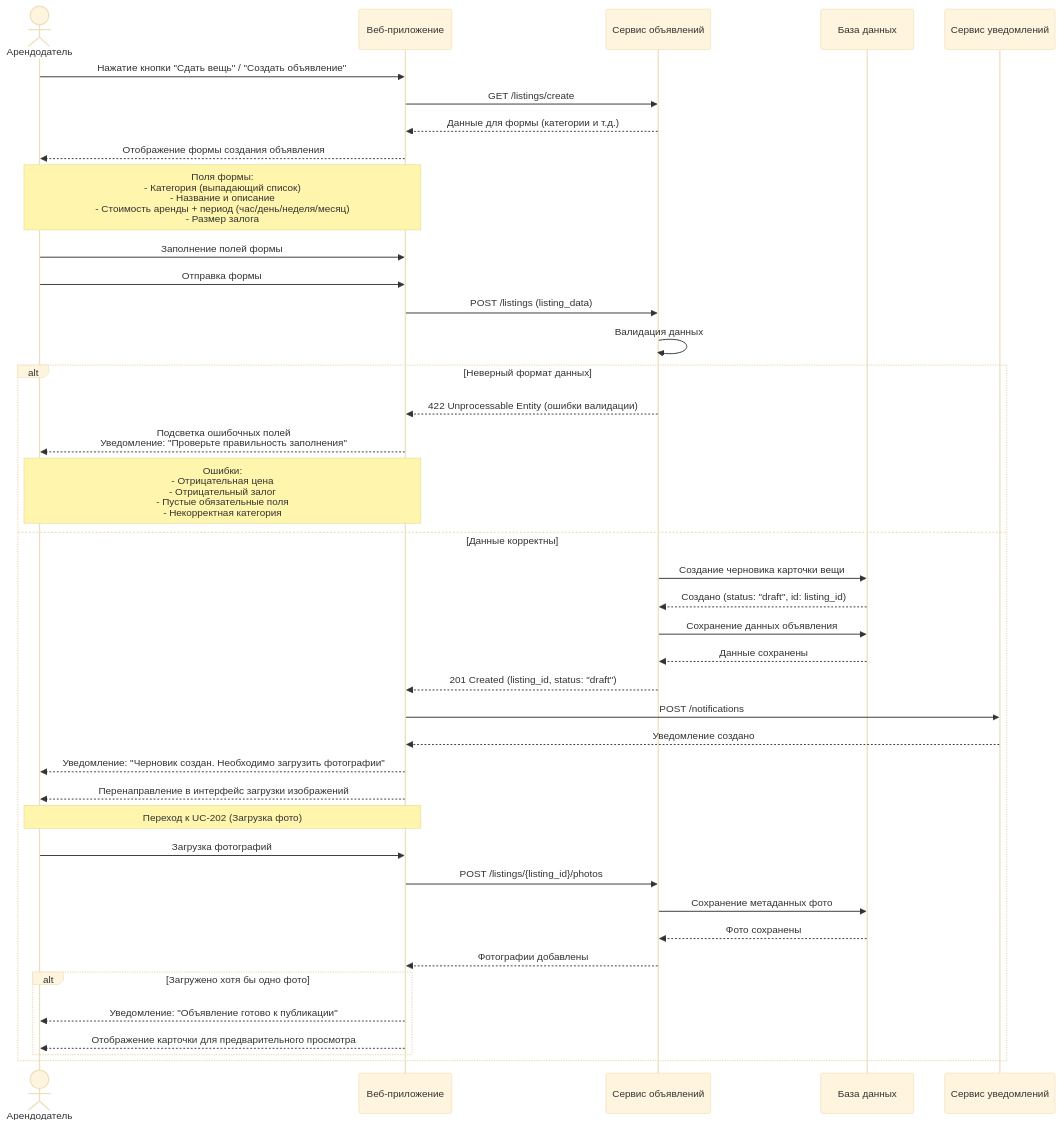
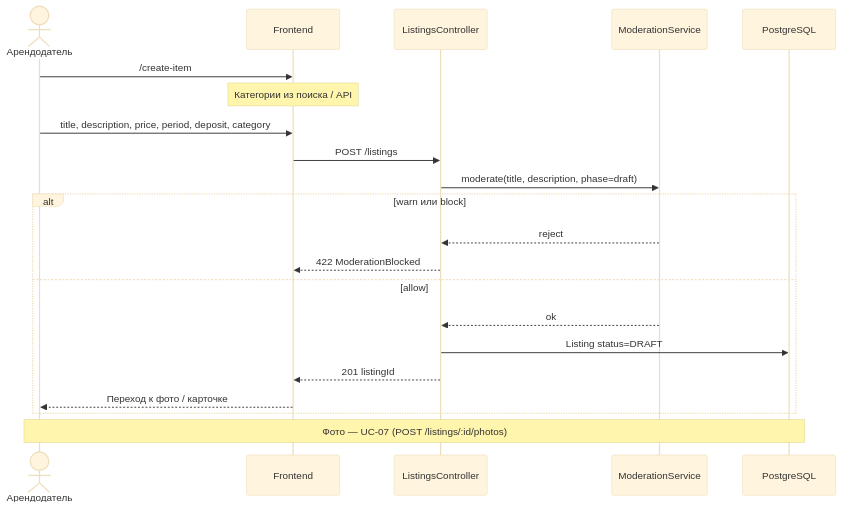
The diagram in docs/sequence/UC-06.md (Rento-devteam/Rento), drawn with Mermaid (base theme) before and after one commit. The commit also changed other lines of this file and 33 other files, not shown here.

````diff
--- a/docs/sequence/UC-06.md
+++ b/docs/sequence/UC-06.md
@@ -3,58 +5,26 @@
 ```mermaid
-    sequenceDiagram
-    actor User as Арендодатель
-    participant WebApp as Веб-приложение
-    participant ListingService as Сервис объявлений
-    participant Database as База данных
-    participant NotificationService as Сервис уведомлений
+sequenceDiagram
+    actor Owner as Арендодатель
+    participant WebApp as Frontend
+    participant API as ListingsController
+    participant Mod as ModerationService
+    participant DB as PostgreSQL
 
-    User->>WebApp: Нажатие кнопки "Сдать вещь" / "Создать объявление"
-    WebApp->>ListingService: GET /listings/create
-    ListingService-->>WebApp: Данные для формы (категории и т.д.)
-    WebApp-->>User: Отображение формы создания объявления
-    
-    Note over User,WebApp: Поля формы:<br/>- Категория (выпадающий список)<br/>- Название и описание<br/>- Стоимость аренды + период (час/день/неделя/месяц)<br/>- Размер залога
-    
-    User->>WebApp: Заполнение полей формы
-    User->>WebApp: Отправка формы
-    
-    WebApp->>ListingService: POST /listings (listing_data)
-    
-    ListingService->>ListingService: Валидация данных
-    
-    alt Неверный формат данных
-        ListingService-->>WebApp: 422 Unprocessable Entity (ошибки валидации)
-        WebApp-->>User: Подсветка ошибочных полей<br/>Уведомление: "Проверьте правильность заполнения"
-        Note over WebApp,User: Ошибки:<br/>- Отрицательная цена<br/>- Отрицательный залог<br/>- Пустые обязательные поля<br/>- Некорректная категория
-    else Данные корректны
-        ListingService->>Database: Создание черновика карточки вещи
-        Database-->>ListingService: Создано (status: "draft", id: listing_id)
-        
-        ListingService->>Database: Сохранение данных объявления
-        Database-->>ListingService: Данные сохранены
-        
-        ListingService-->>WebApp: 201 Created (listing_id, status: "draft")
-        
-        WebApp->>NotificationService: POST /notifications
-        NotificationService-->>WebApp: Уведомление создано
-        
-        WebApp-->>User: Уведомление: "Черновик создан. Необходимо загрузить фотографии"
-        WebApp-->>User: Перенаправление в интерфейс загрузки изображений
-        
-        Note over WebApp,User: Переход к UC-202 (Загрузка фото)
-        
-        User->>WebApp: Загрузка фотографий
-        
-        WebApp->>ListingService: POST /listings/{listing_id}/photos
-        ListingService->>Database: Сохранение метаданных фото
-        Database-->>ListingService: Фото сохранены
-        
-        ListingService-->>WebApp: Фотографии добавлены
-        
-        alt Загружено хотя бы одно фото
-            WebApp-->>User: Уведомление: "Объявление готово к публикации"
-            WebApp-->>User: Отображение карточки для предварительного просмотра
-        end
+    Owner->>WebApp: /create-item
+    Note over WebApp: Категории из поиска / API
+    Owner->>WebApp: title, description, price, period, deposit, category
+    WebApp->>API: POST /listings
+
+    API->>Mod: moderate(title, description, phase=draft)
+    alt warn или block
+        Mod-->>API: reject
+        API-->>WebApp: 422 ModerationBlocked
+    else allow
+        Mod-->>API: ok
+        API->>DB: Listing status=DRAFT
+        API-->>WebApp: 201 listingId
+        WebApp-->>Owner: Переход к фото / карточке
     end
 
+    Note over Owner,DB: Фото — UC-07 (POST /listings/:id/photos)
 ```
````
